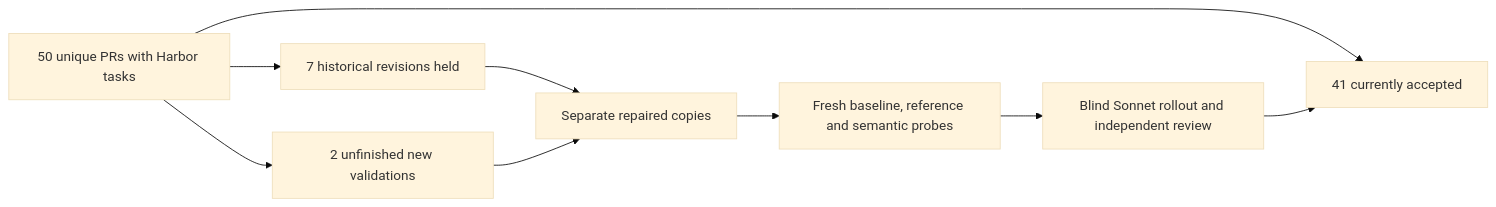
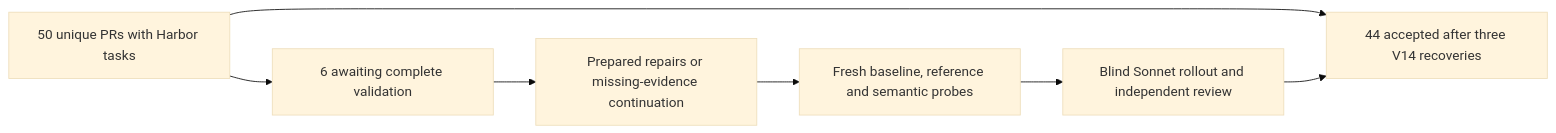
The first of 2 diagrams in docs/pipelines/tasksmith_scale50.md (huggingface/Repo2RLEnv), drawn with Mermaid (base theme) before and after one commit. The commit also changed other lines of this file, not shown here.

Commit message:
docs(tasksmith): distinguish 44 accepted tasks from generated outputs

````diff
--- a/docs/pipelines/tasksmith_scale50.md
+++ b/docs/pipelines/tasksmith_scale50.md
@@ -27,11 +29,9 @@
 ```mermaid
 flowchart LR
-    G[50 unique PRs with Harbor tasks] --> A[41 currently accepted]
-    G --> H[7 historical revisions held]
-    G --> N[2 unfinished new validations]
-    H --> R[Separate repaired copies]
-    N --> R
+    G[50 unique PRs with Harbor tasks] --> A[44 accepted after three V14 recoveries]
+    G --> H[6 awaiting complete validation]
+    H --> R[Prepared repairs or missing-evidence continuation]
     R --> C[Fresh baseline, reference and semantic probes]
     C --> S[Blind Sonnet rollout and independent review]
     S --> A
 ```
````
